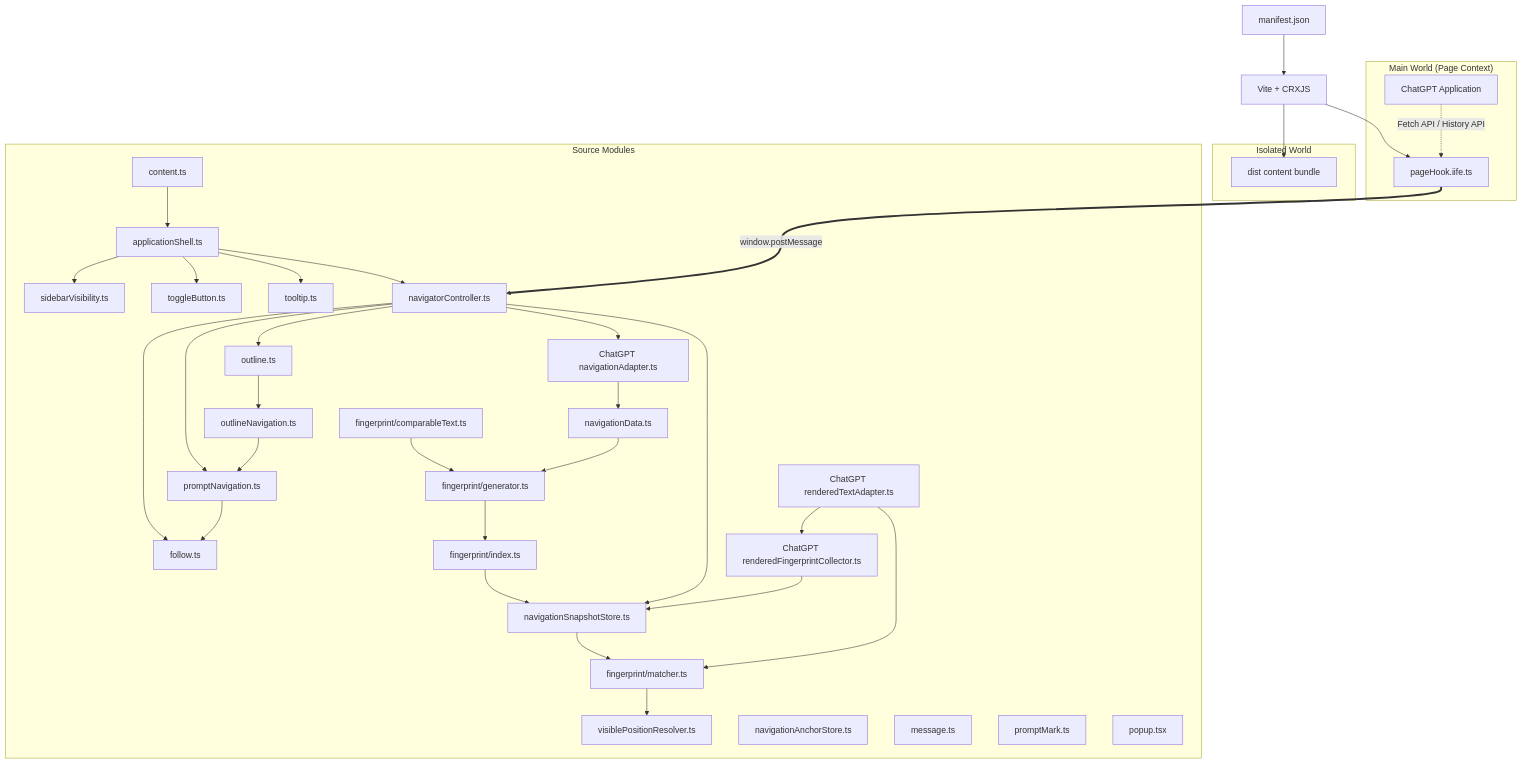
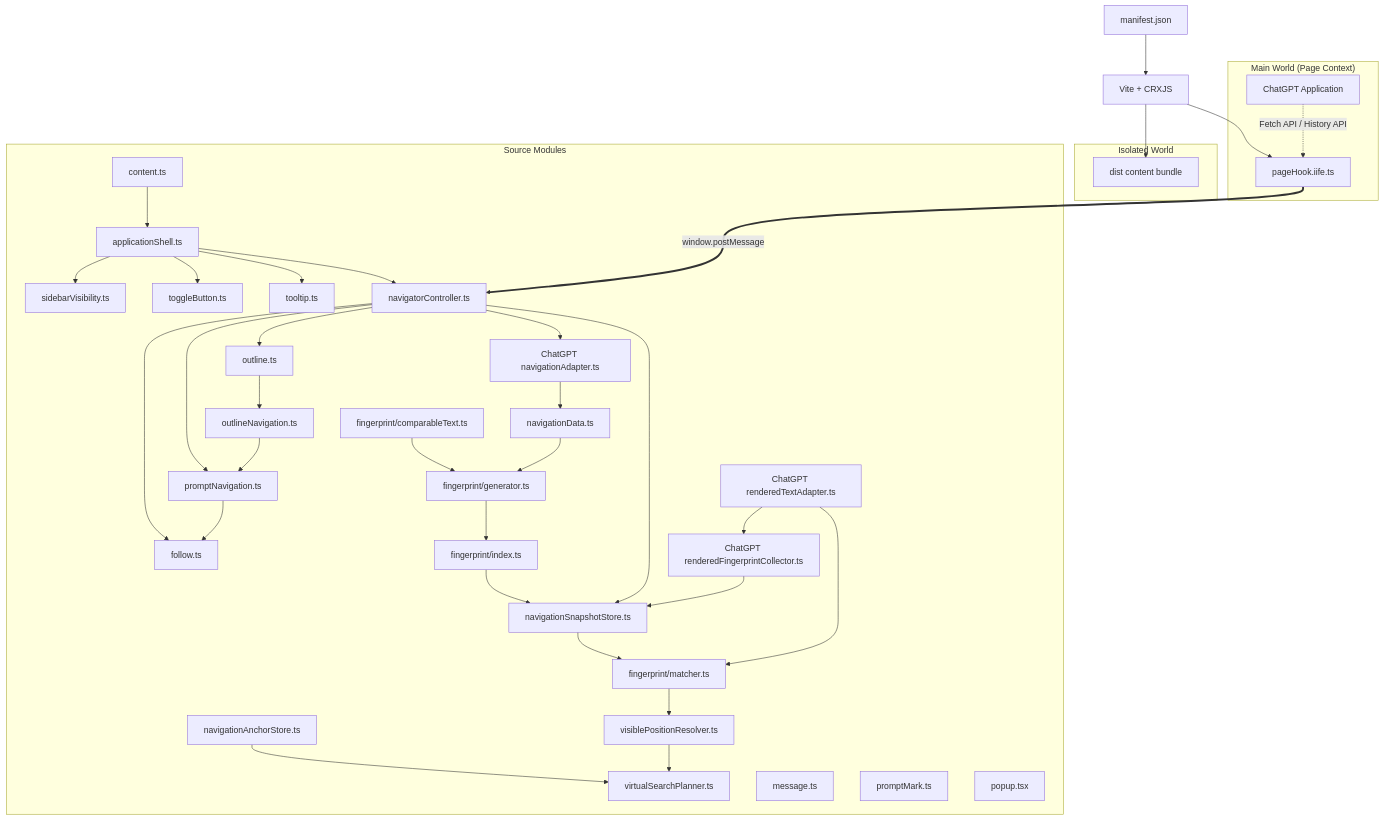
The diagram in docs/ARCHITECTURE.md (Leo7805/luna-toc), drawn with Mermaid before and after one commit. The commit also changed other lines of this file and 6 other files, not shown here.

Commit message:
feat(navigation): add anchor-based virtual search planner

````diff
--- a/docs/ARCHITECTURE.md
+++ b/docs/ARCHITECTURE.md
@@ -15,70 +15,73 @@
 ```mermaid
 graph TD
     manifest[manifest.json]
     vite[Vite + CRXJS]
 
     subgraph sourceModules["Source Modules"]
         content[content.ts]
         outline[outline.ts]
         outlineNavigation[outlineNavigation.ts]
         follow[follow.ts]
         promptNavigation[promptNavigation.ts]
         navigationData[navigationData.ts]
         comparableText[fingerprint/comparableText.ts]
         fingerprint[fingerprint/generator.ts]
         fingerprintIndex[fingerprint/index.ts]
         fingerprintMatcher[fingerprint/matcher.ts]
         visiblePosition[visiblePositionResolver.ts]
         anchorStore[navigationAnchorStore.ts]
+        virtualSearchPlanner[virtualSearchPlanner.ts]
         snapshotStore[navigationSnapshotStore.ts]
         chatGptAdapter[ChatGPT navigationAdapter.ts]
         chatGptRenderedText[ChatGPT renderedTextAdapter.ts]
         chatGptFingerprintCollector[ChatGPT renderedFingerprintCollector.ts]
         msg[message.ts]
         mark[promptMark.ts]
         vis[sidebarVisibility.ts]
         btn[toggleButton.ts]
         tip[tooltip.ts]
         navigator[navigatorController.ts]
         shell[applicationShell.ts]
         popup[popup.tsx]
     end
 
     subgraph isolatedWorld["Isolated World"]
         contentBundle[dist content bundle]
     end
 
     subgraph mainWorld["Main World (Page Context)"]
         hook[pageHook.iife.ts]
         chatgpt[ChatGPT Application]
     end
 
     manifest --> vite
     content --> shell
     shell --> navigator
     shell --> vis
     shell --> btn
     shell --> tip
     navigator --> outline
     navigator --> promptNavigation
     chatGptAdapter --> navigationData
     comparableText --> fingerprint
     navigationData --> fingerprint
     fingerprint --> fingerprintIndex
     fingerprintIndex --> snapshotStore
     snapshotStore --> fingerprintMatcher
     fingerprintMatcher --> visiblePosition
+    anchorStore --> virtualSearchPlanner
+    visiblePosition --> virtualSearchPlanner
     navigator --> snapshotStore
     navigator --> chatGptAdapter
     chatGptRenderedText --> fingerprintMatcher
     chatGptRenderedText --> chatGptFingerprintCollector
     chatGptFingerprintCollector --> snapshotStore
     navigator --> follow
     outline --> outlineNavigation
     outlineNavigation --> promptNavigation
     promptNavigation --> follow
     vite --> contentBundle
     vite --> hook
     hook ===>|window.postMessage| navigator
     chatgpt -.->|Fetch API / History API| hook
 ```
````
